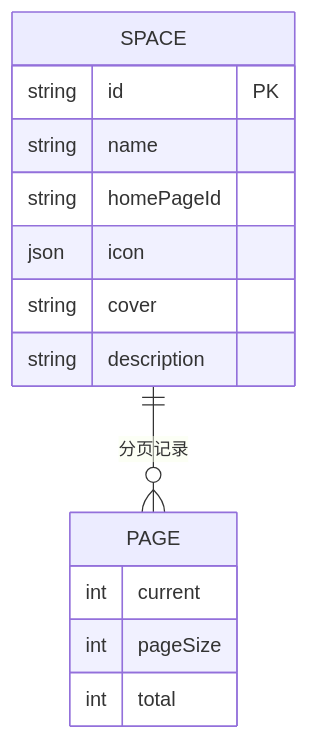
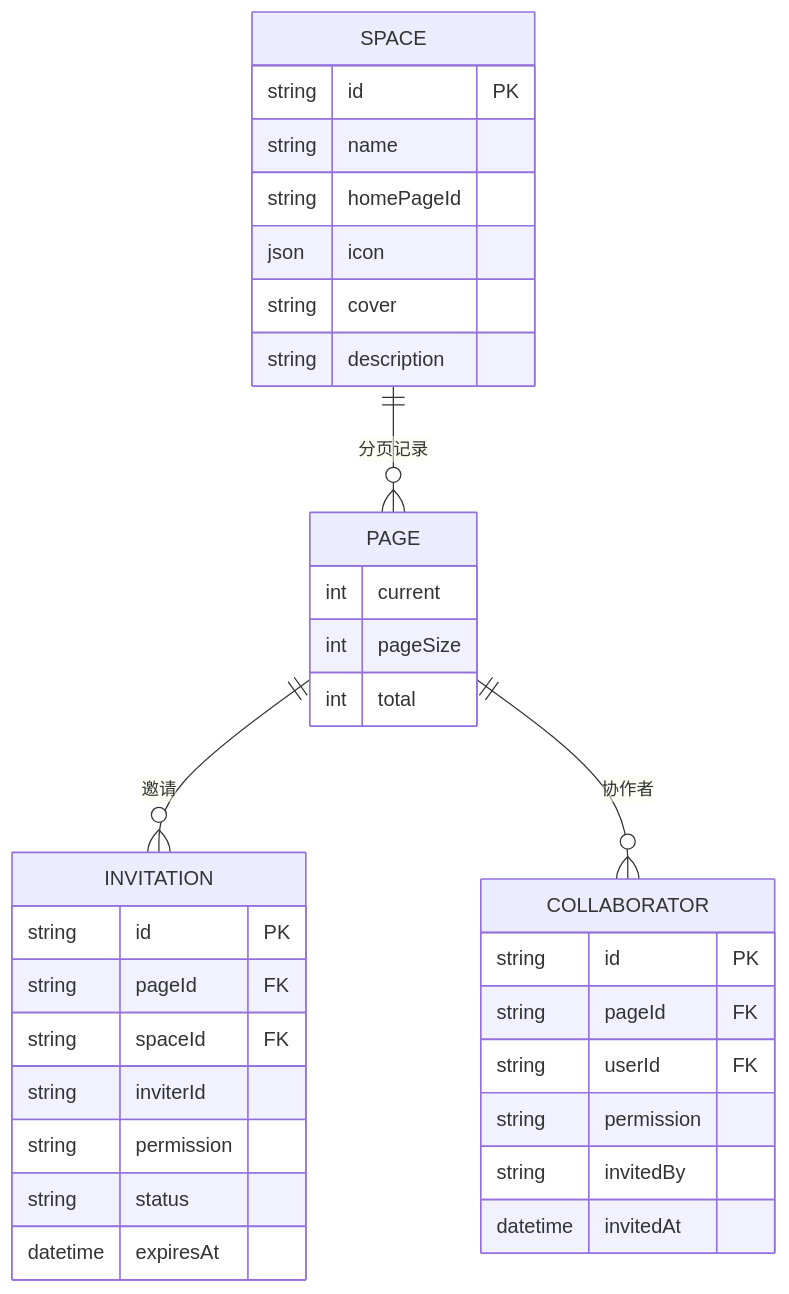
Before and after one commit to LRF0422/Kotion: the fourth of 6 diagrams in .qoder/repowiki/zh/content/API参考/空间页面API.md, drawn with Mermaid. The commit also changed other lines of this file and 75 other files, not shown here.

````diff
--- a/.qoder/repowiki/zh/content/API参考/空间页面API.md
+++ b/.qoder/repowiki/zh/content/API参考/空间页面API.md
@@ -328,17 +496,36 @@
 ```mermaid
 erDiagram
 SPACE {
 string id PK
 string name
 string homePageId
 json icon
 string cover
 string description
 }
 PAGE {
 int current
 int pageSize
 int total
 }
+INVITATION {
+string id PK
+string pageId FK
+string spaceId FK
+string inviterId
+string permission
+string status
+datetime expiresAt
+}
+COLLABORATOR {
+string id PK
+string pageId FK
+string userId FK
+string permission
+string invitedBy
+datetime invitedAt
+}
 SPACE ||--o{ PAGE : "分页记录"
+PAGE ||--o{ INVITATION : "邀请"
+PAGE ||--o{ COLLABORATOR : "协作者"
 ```
````
